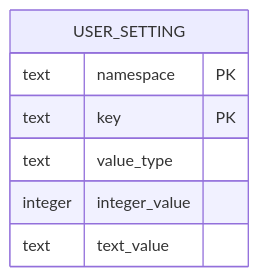
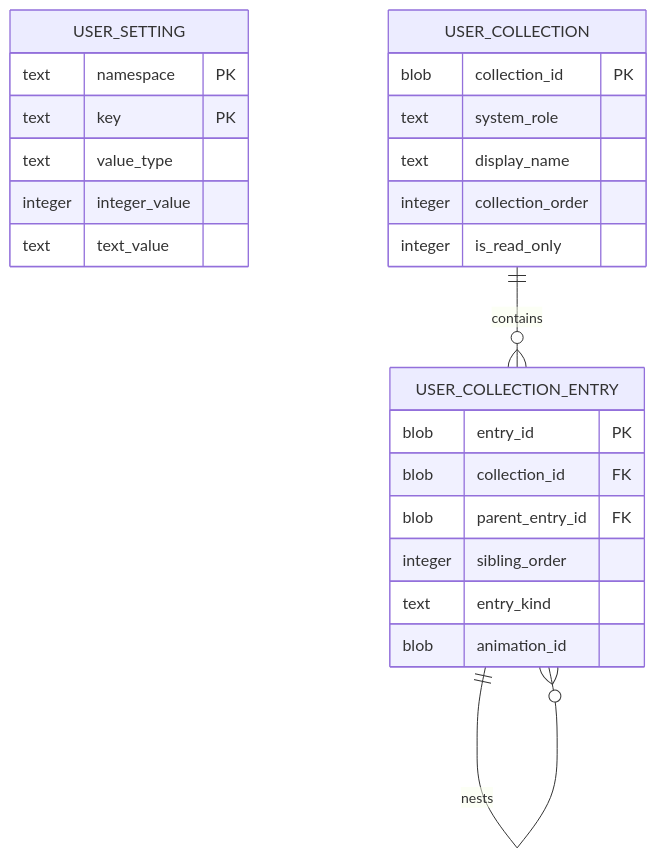
One commit to derekshoneycutt/Euclid changed the fourth of 5 diagrams in docs/wiki/Guides/Sqlite3.md. Above: the diagram before and after it, drawn with Mermaid. The commit also changed other lines of this file and 74 other files, not shown here.

````diff
--- a/docs/wiki/Guides/Sqlite3.md
+++ b/docs/wiki/Guides/Sqlite3.md
@@ -218,10 +218,27 @@
 ```mermaid
 erDiagram
     USER_SETTING {
         text namespace PK
         text key PK
         text value_type
         integer integer_value
         text text_value
     }
+    USER_COLLECTION {
+        blob collection_id PK
+        text system_role
+        text display_name
+        integer collection_order
+        integer is_read_only
+    }
+    USER_COLLECTION_ENTRY {
+        blob entry_id PK
+        blob collection_id FK
+        blob parent_entry_id FK
+        integer sibling_order
+        text entry_kind
+        blob animation_id
+    }
+    USER_COLLECTION ||--o{ USER_COLLECTION_ENTRY : contains
+    USER_COLLECTION_ENTRY ||--o{ USER_COLLECTION_ENTRY : nests
 ```
````
